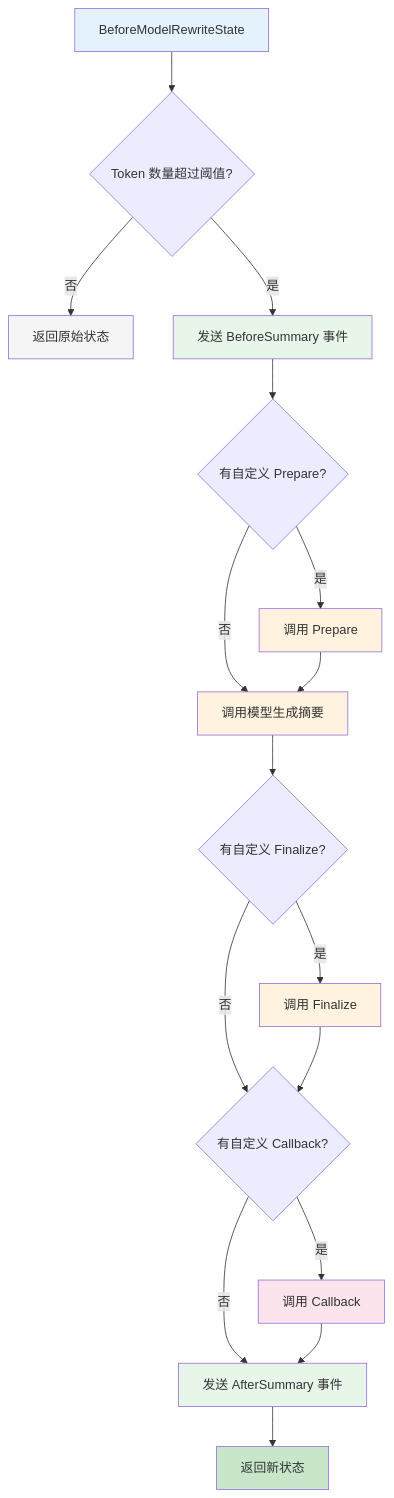
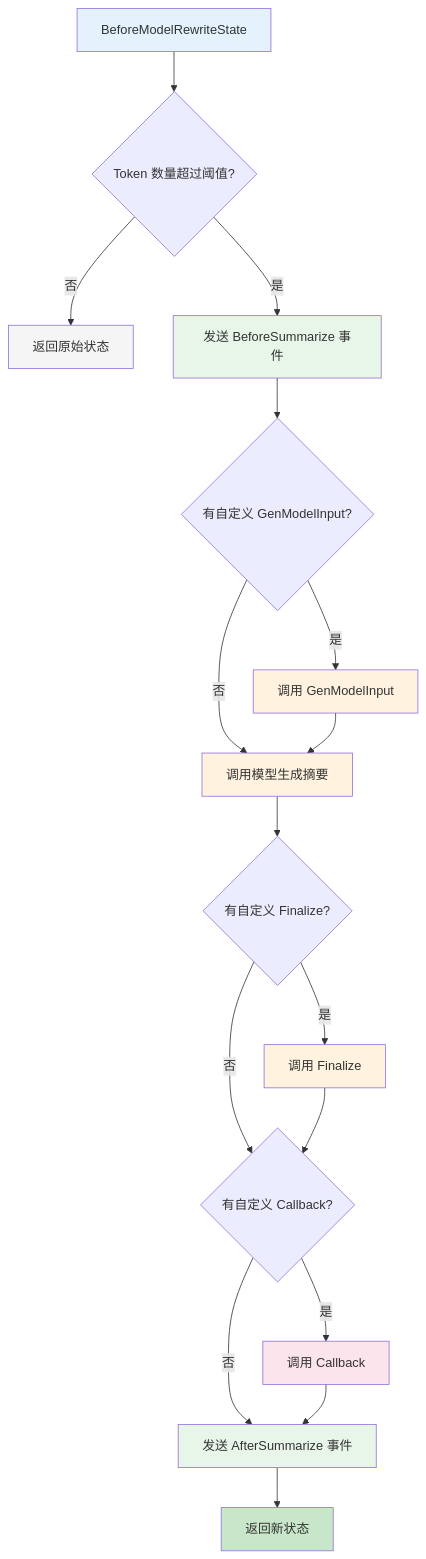
One commit to cloudwego/cloudwego.github.io changed the diagram in content/zh/docs/eino/core_modules/eino_adk/Eino_ADK_ChatModelAgentMiddleware/Middleware_Summarization.md. Above: the diagram before and after it, drawn with Mermaid. The commit also changed other lines of this file and 75 other files, not shown here.

````diff
--- a/content/zh/docs/eino/core_modules/eino_adk/Eino_ADK_ChatModelAgentMiddleware/Middleware_Summarization.md
+++ b/content/zh/docs/eino/core_modules/eino_adk/Eino_ADK_ChatModelAgentMiddleware/Middleware_Summarization.md
@@ -156,28 +156,28 @@
 ```mermaid
 flowchart TD
     A[BeforeModelRewriteState] --> B{Token 数量超过阈值?}
     B -->|否| C[返回原始状态]
-    B -->|是| D[发送 BeforeSummary 事件]
-    D --> E{有自定义 Prepare?}
-    E -->|是| F[调用 Prepare]
+    B -->|是| D[发送 BeforeSummarize 事件]
+    D --> E{有自定义 GenModelInput?}
+    E -->|是| F[调用 GenModelInput]
     E -->|否| G[调用模型生成摘要]
     F --> G
     G --> H{有自定义 Finalize?}
     H -->|是| I[调用 Finalize]
     H -->|否| L{有自定义 Callback?}
     I --> L
     L -->|是| M[调用 Callback]
-    L -->|否| J[发送 AfterSummary 事件]
+    L -->|否| J[发送 AfterSummarize 事件]
     M --> J
     J --> K[返回新状态]
 
     style A fill:#e3f2fd
     style G fill:#fff3e0
     style D fill:#e8f5e9
     style J fill:#e8f5e9
     style K fill:#c8e6c9
     style C fill:#f5f5f5
     style M fill:#fce4ec
     style F fill:#fff3e0
     style I fill:#fff3e0
 ```
````
